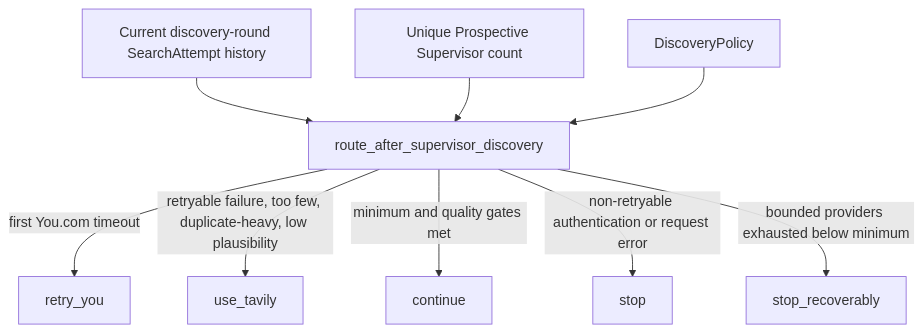
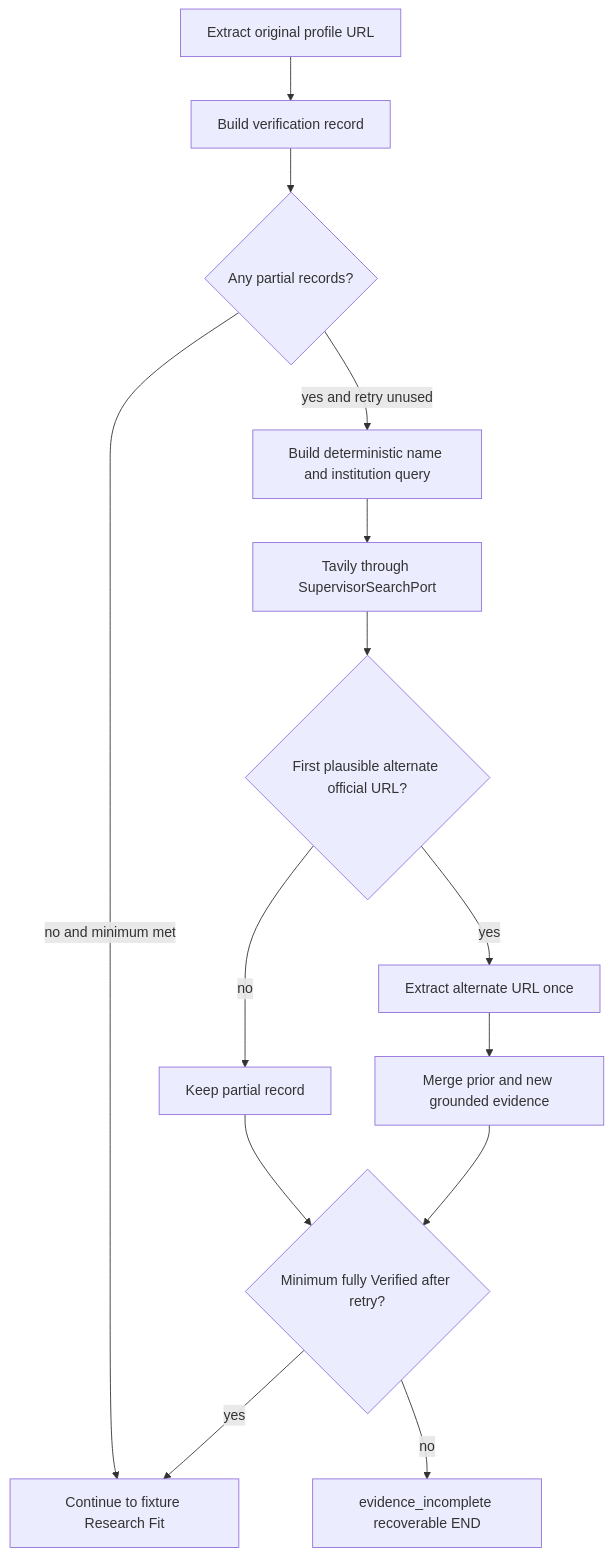
Before and after one commit to shanly-rajan/ai-builder: the ninth of 14 diagrams in projects/scholar-path/docs/architecture.md, drawn with Mermaid. The commit also changed other lines of this file and 57 other files, not shown here.

Commit message:
feat: add Supervisor evidence extraction and verification

````diff
--- a/projects/scholar-path/docs/architecture.md
+++ b/projects/scholar-path/docs/architecture.md
@@ -150,11 +277,16 @@
 ```mermaid
 flowchart TD
-    Attempts[Current discovery-round SearchAttempt history] --> Route[route_after_supervisor_discovery]
-    Unique[Unique Prospective Supervisor count] --> Route
-    Policy[DiscoveryPolicy] --> Route
-    Route -->|first You.com timeout| Retry[retry_you]
-    Route -->|retryable failure, too few, duplicate-heavy, low plausibility| Fallback[use_tavily]
-    Route -->|minimum and quality gates met| Continue[continue]
-    Route -->|non-retryable authentication or request error| Stop[stop]
-    Route -->|bounded providers exhausted below minimum| Recoverable[stop_recoverably]
+    Primary[Extract original profile URL] --> Record[Build verification record]
+    Record --> Partial{Any partial records?}
+    Partial -->|no and minimum met| Fit[Continue to fixture Research Fit]
+    Partial -->|yes and retry unused| Query[Build deterministic name and institution query]
+    Query --> Search[Tavily through SupervisorSearchPort]
+    Search --> Select{First plausible alternate official URL?}
+    Select -->|no| Keep[Keep partial record]
+    Select -->|yes| Extract[Extract alternate URL once]
+    Extract --> Merge[Merge prior and new grounded evidence]
+    Keep --> Gate{Minimum fully Verified after retry?}
+    Merge --> Gate
+    Gate -->|yes| Fit
+    Gate -->|no| End[evidence_incomplete recoverable END]
 ```
````
